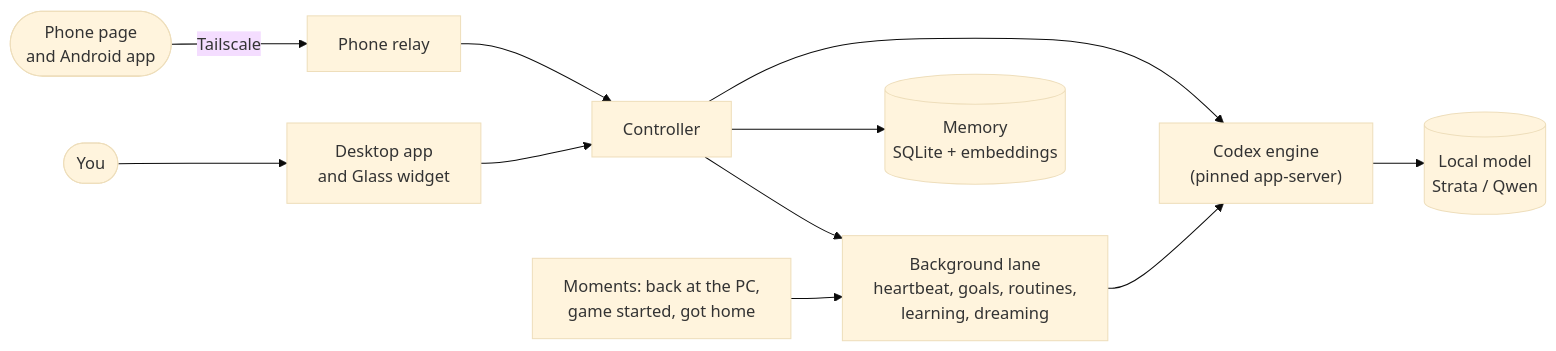
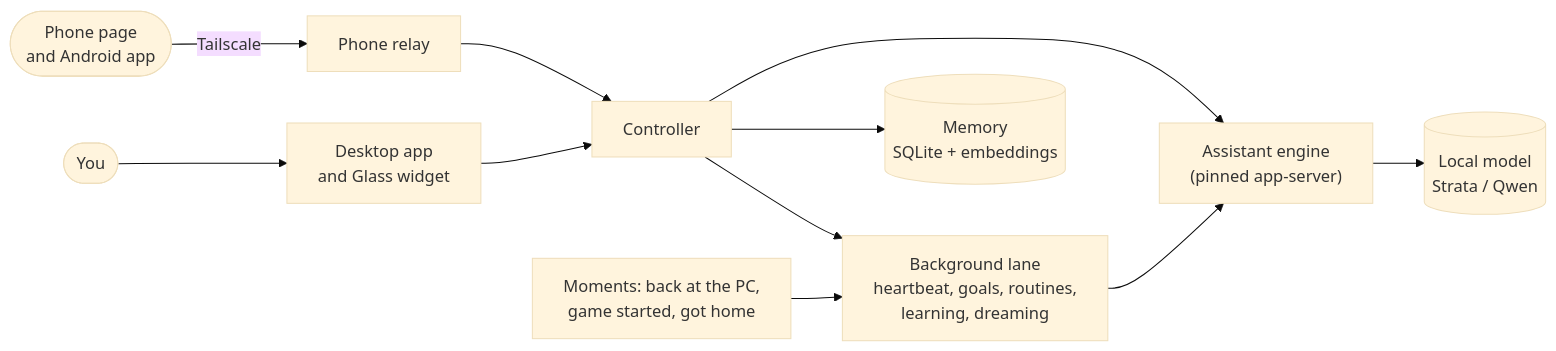
Before and after one commit to b7216309-jpg/little-bot: the diagram in README.md, drawn with Mermaid (base theme). The commit also changed other lines of this file and 69 other files, not shown here.

````diff
--- a/README.md
+++ b/README.md
@@ -77,13 +77,13 @@
 ```mermaid
 flowchart LR
   you(["You"]) --> app["Desktop app<br>and Glass widget"]
   phone(["Phone page<br>and Android app"]) -->|Tailscale| relay["Phone relay"]
   relay --> core["Controller"]
   app --> core
-  core --> engine["Codex engine<br>(pinned app-server)"]
+  core --> engine["Assistant engine<br>(pinned app-server)"]
   engine --> model[("Local model<br>Strata / Qwen")]
   core --> memory[("Memory<br>SQLite + embeddings")]
   events["Moments: back at the PC,<br>game started, got home"] --> lane
   core --> lane["Background lane<br>heartbeat, goals, routines,<br>learning, dreaming"]
   lane --> engine
 ```
````
